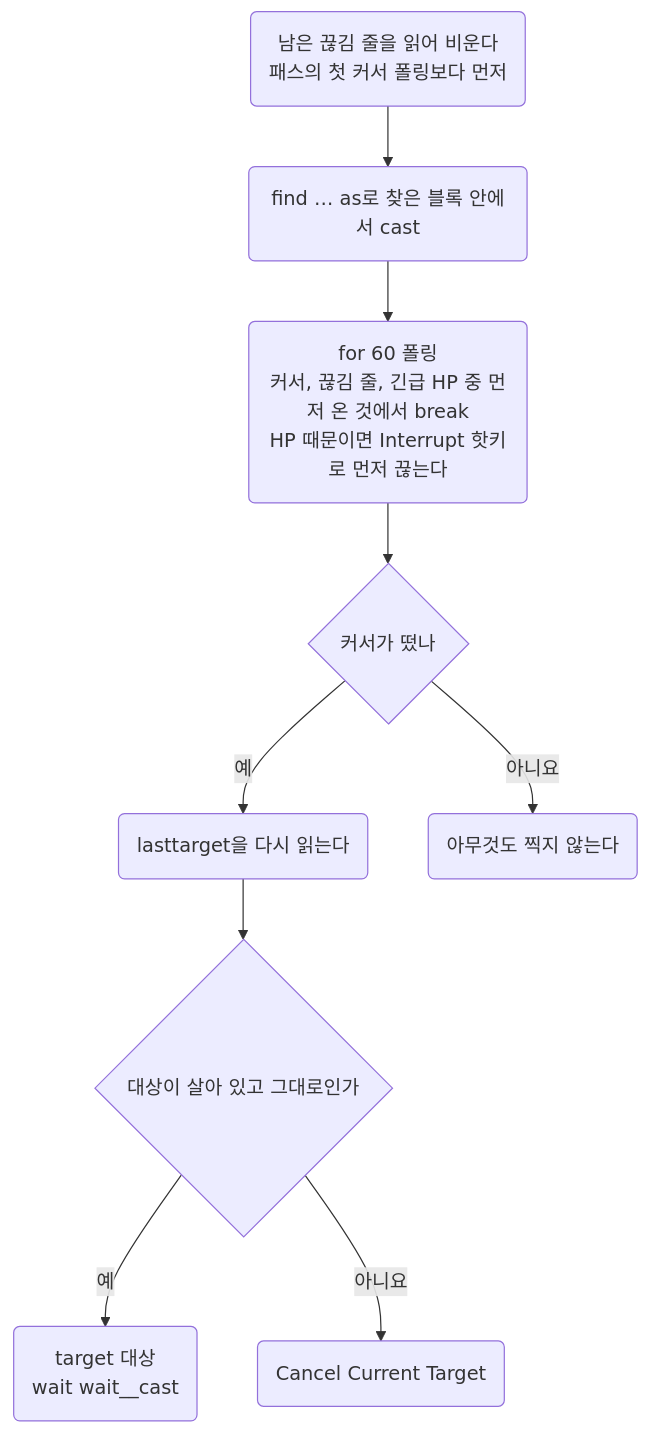
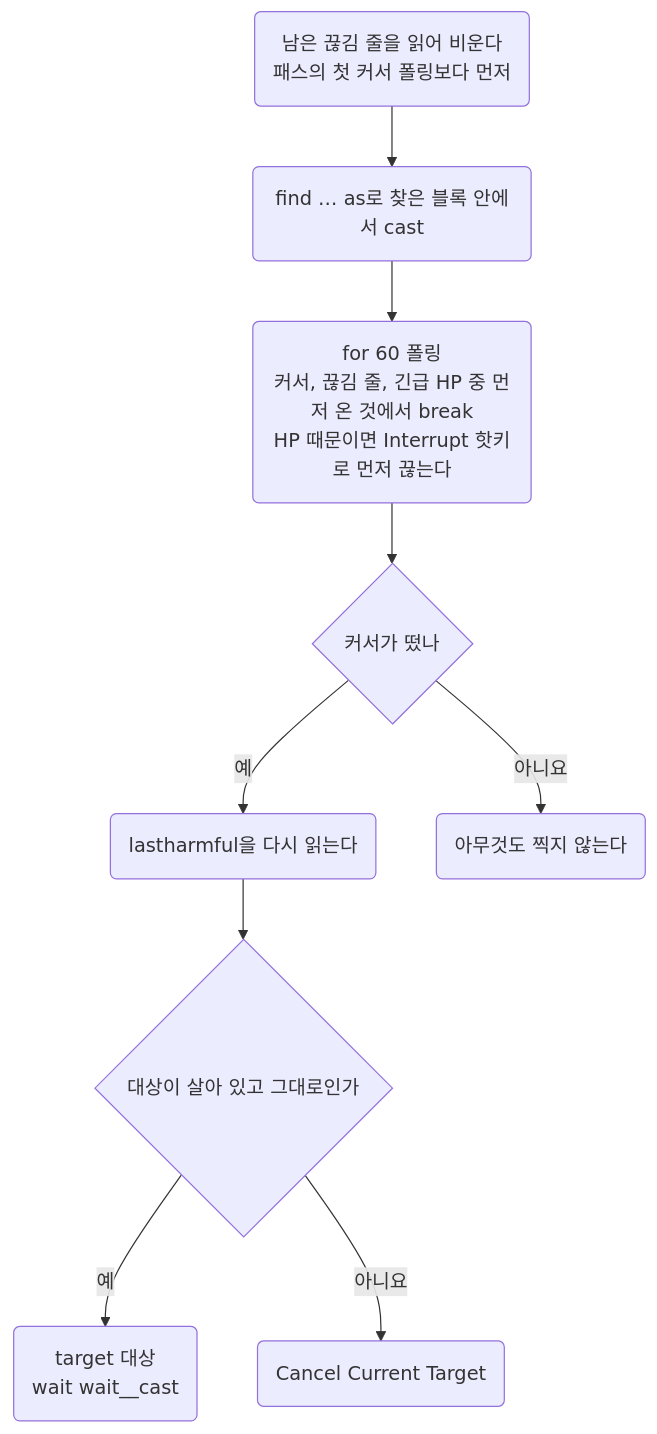
The diagram in document/scripting/razor.md (minu-ha/uoo), drawn with Mermaid before and after one commit. The commit also changed other lines of this file and 4 other files, not shown here.

````diff
--- a/document/scripting/razor.md
+++ b/document/scripting/razor.md
@@ -325,9 +325,9 @@
 ```mermaid
 flowchart TD
   drain("남은 끊김 줄을 읽어 비운다<br>패스의 첫 커서 폴링보다 먼저") --> cast("find … as로 찾은 블록 안에서 cast")
   cast --> poll("for 60 폴링<br>커서, 끊김 줄, 긴급 HP 중 먼저 온 것에서 break<br>HP 때문이면 Interrupt 핫키로 먼저 끊는다") --> cursor{"커서가 떴나"}
-  cursor -- 예 --> reread("lasttarget을 다시 읽는다") --> same{"대상이 살아 있고 그대로인가"}
+  cursor -- 예 --> reread("lastharmful을 다시 읽는다") --> same{"대상이 살아 있고 그대로인가"}
   cursor -- 아니요 --> none("아무것도 찍지 않는다")
   same -- 예 --> hit("target 대상<br>wait wait__cast")
   same -- 아니요 --> cancel("Cancel Current Target")
 ```
````
